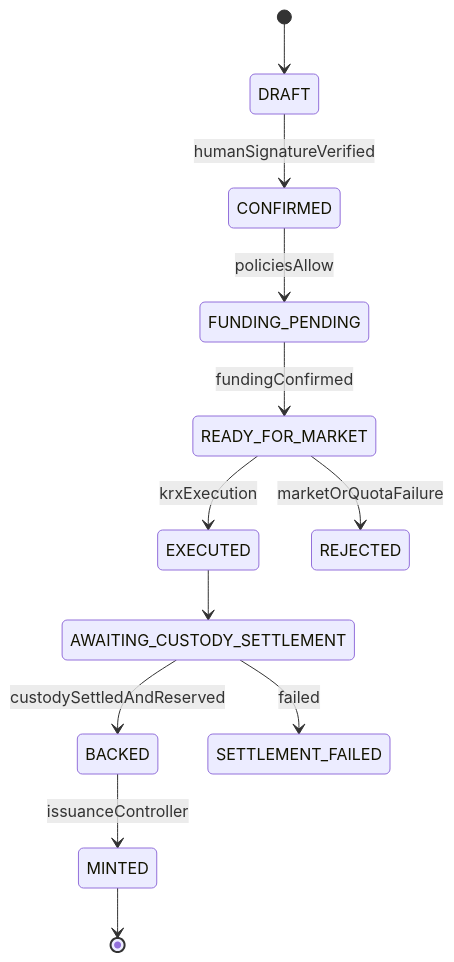
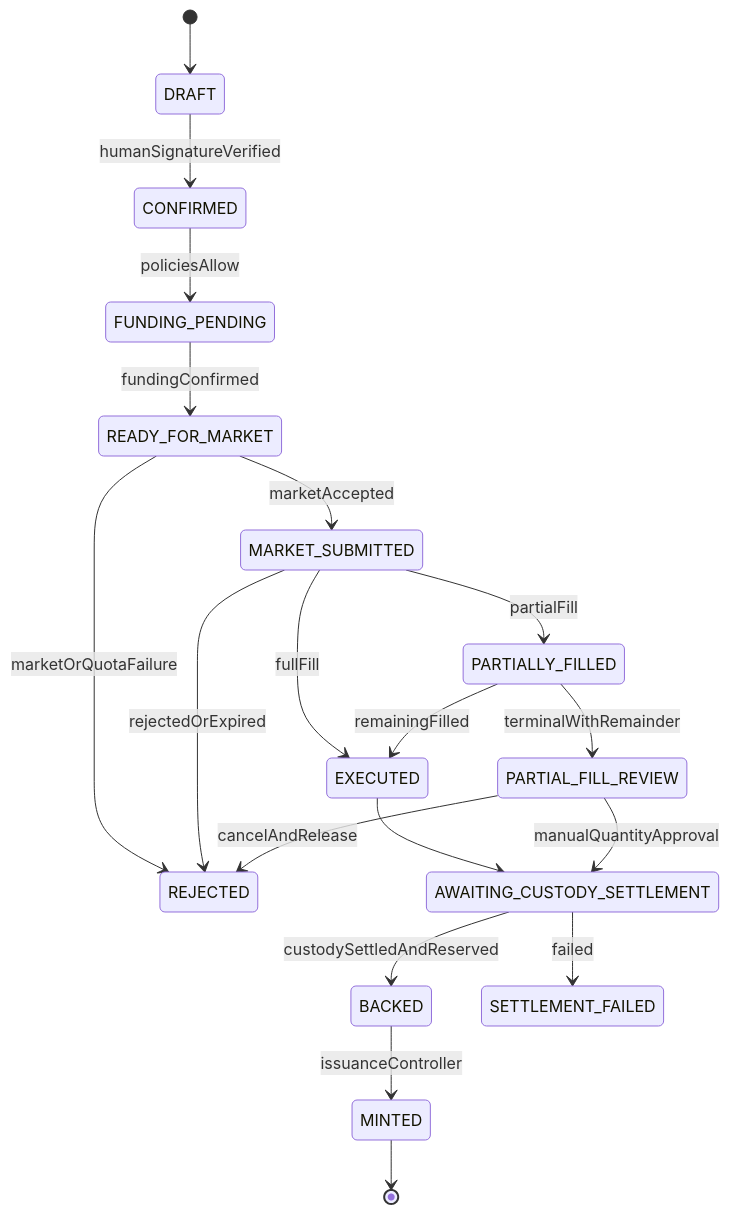
Before and after one commit to orakle-kaist/rwa-8th: the second of 2 diagrams in design/02_operating_model.md, drawn with Mermaid. The commit also changed other lines of this file and 39 other files, not shown here.

````diff
--- a/design/02_operating_model.md
+++ b/design/02_operating_model.md
@@ -54,14 +69,21 @@
 ```mermaid
 stateDiagram-v2
     [*] --> DRAFT
     DRAFT --> CONFIRMED: humanSignatureVerified
     CONFIRMED --> FUNDING_PENDING: policiesAllow
     FUNDING_PENDING --> READY_FOR_MARKET: fundingConfirmed
-    READY_FOR_MARKET --> EXECUTED: krxExecution
+    READY_FOR_MARKET --> MARKET_SUBMITTED: marketAccepted
     READY_FOR_MARKET --> REJECTED: marketOrQuotaFailure
+    MARKET_SUBMITTED --> PARTIALLY_FILLED: partialFill
+    MARKET_SUBMITTED --> EXECUTED: fullFill
+    MARKET_SUBMITTED --> REJECTED: rejectedOrExpired
+    PARTIALLY_FILLED --> EXECUTED: remainingFilled
+    PARTIALLY_FILLED --> PARTIAL_FILL_REVIEW: terminalWithRemainder
     EXECUTED --> AWAITING_CUSTODY_SETTLEMENT
+    PARTIAL_FILL_REVIEW --> AWAITING_CUSTODY_SETTLEMENT: manualQuantityApproval
+    PARTIAL_FILL_REVIEW --> REJECTED: cancelAndRelease
     AWAITING_CUSTODY_SETTLEMENT --> BACKED: custodySettledAndReserved
     AWAITING_CUSTODY_SETTLEMENT --> SETTLEMENT_FAILED: failed
     BACKED --> MINTED: issuanceController
     MINTED --> [*]
 ```
````
